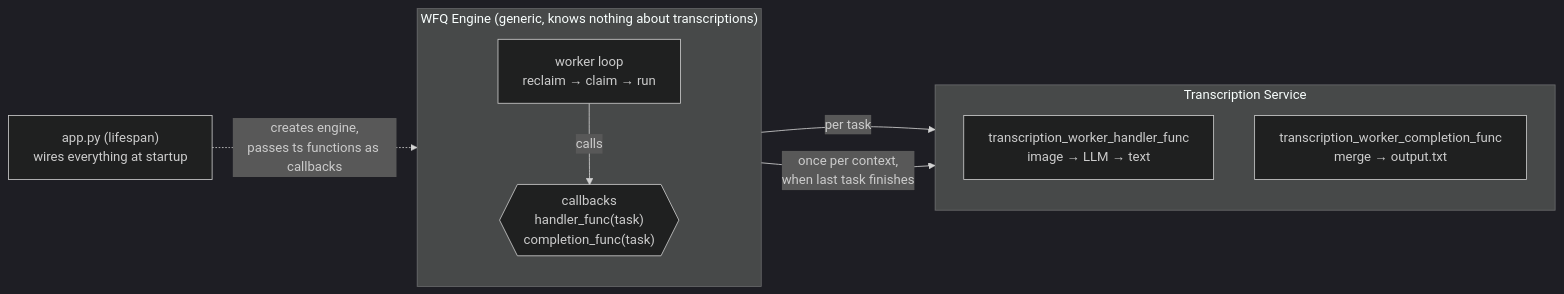
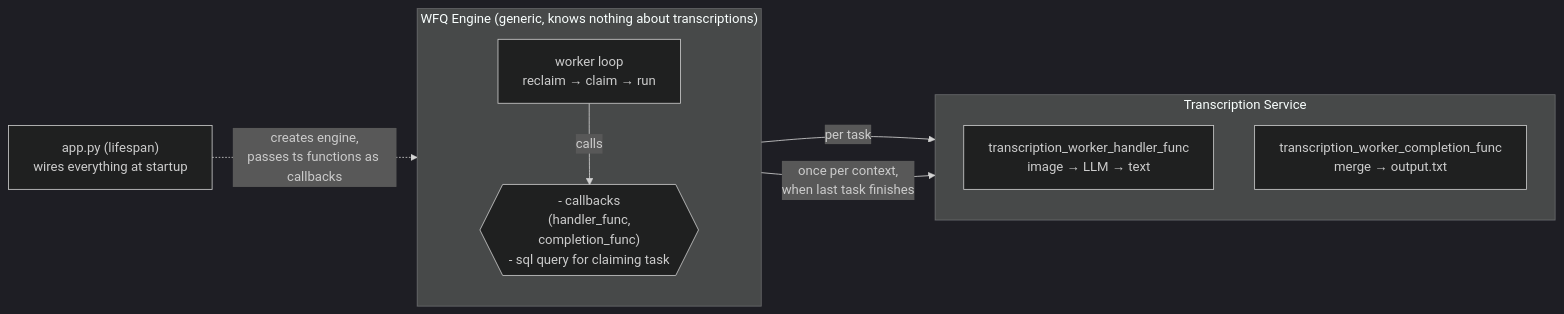
Before and after one commit to milanpanic2/llm-agents: the diagram in src/WFQEngine/README.md, drawn with Mermaid (dark theme). The commit also changed 1 other file, not shown here.

Commit message:
fixing typos in readme

````diff
--- a/src/WFQEngine/README.md
+++ b/src/WFQEngine/README.md
@@ -1,21 +1,21 @@
 ```mermaid
 flowchart LR
     app["app.py (lifespan)<br/>wires everything at startup"]
 
     subgraph engine["WFQ Engine (generic, knows nothing about transcriptions)"]
         direction TB
         worker["worker loop<br/>reclaim → claim → run"]
-        cb{{"callbacks<br/>handler_func(task)<br/>completion_func(task)"}}
+        cb{{"- callbacks<br/>(handler_func,<br/>completion_func)<br/>- sql query for claiming task"}}
         worker -->|"calls"| cb
     end
 
     subgraph ts["Transcription Service"]
         direction TB
         handler["transcription_worker_handler_func<br/>image → LLM → text"]
         completion["transcription_worker_completion_func<br/>merge → output.txt"]
     end
 
     app -.->|"creates engine,<br/>passes ts functions as callbacks"| engine
     cb -->|"per task"| handler
     cb -->|"once per context,<br/>when last task finishes"| completion
 ```
````
